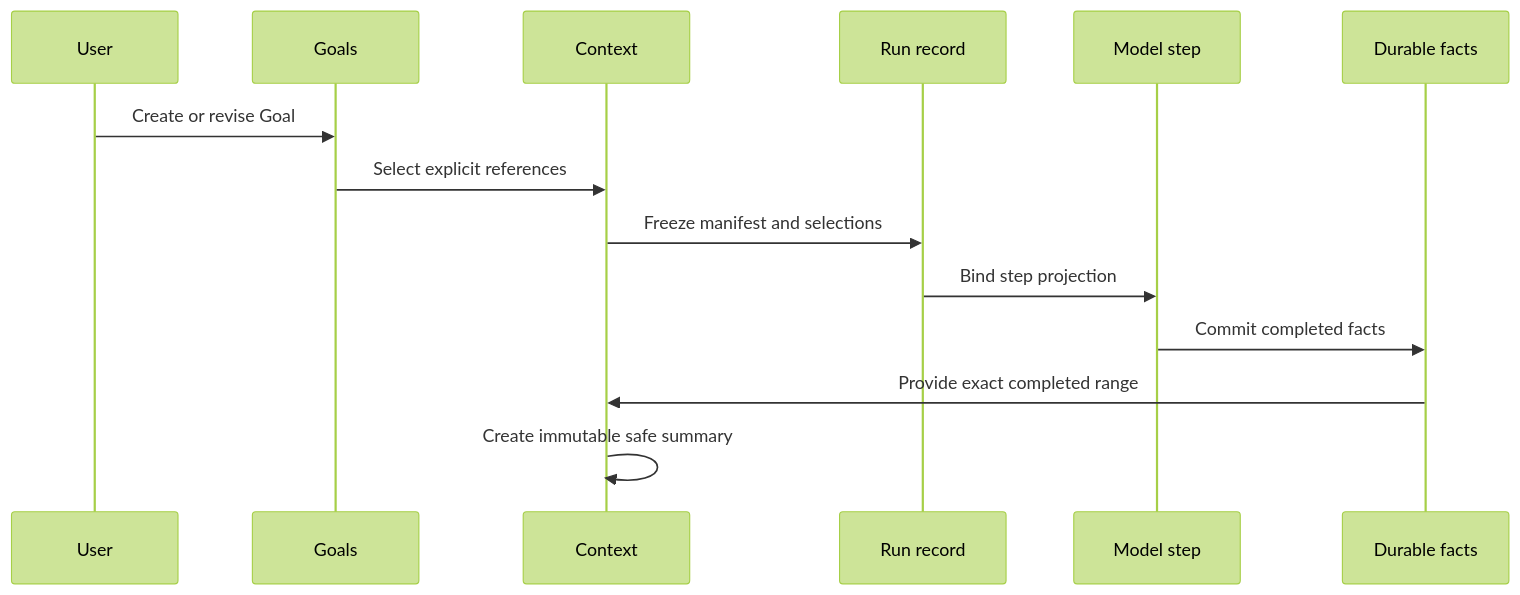
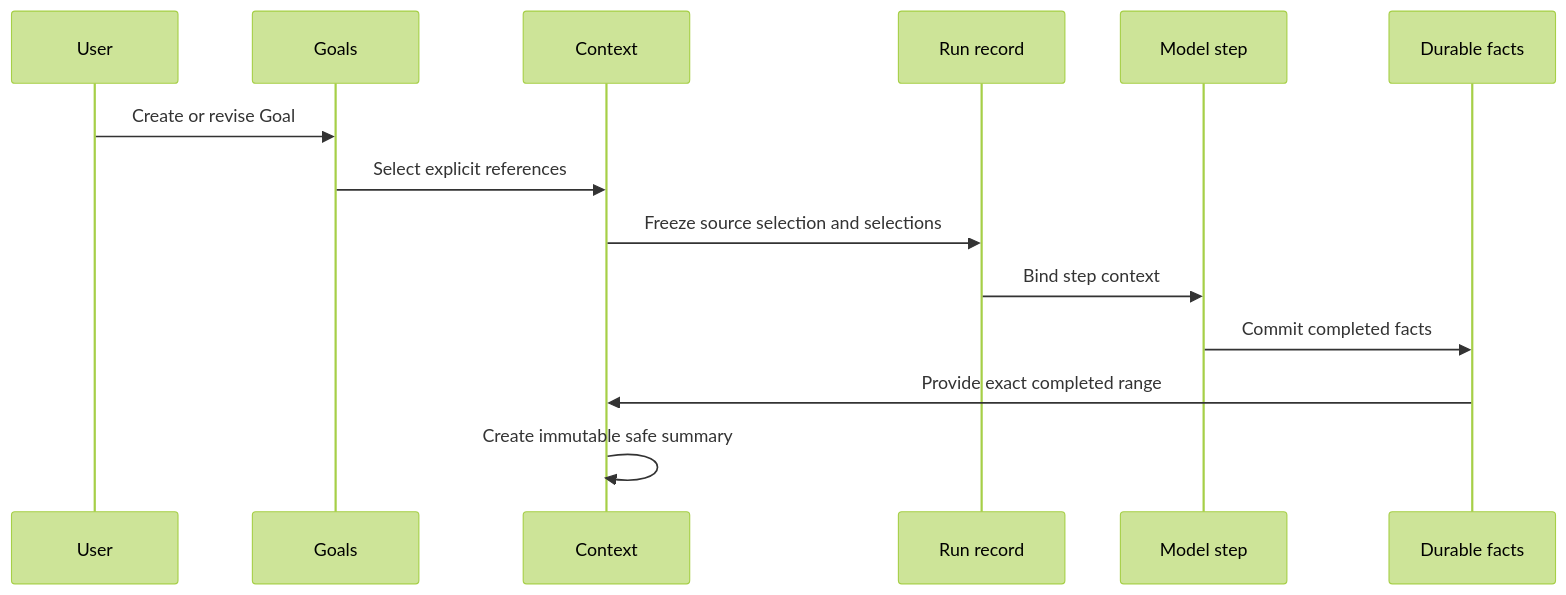
One commit to y0tsy/intention-relay changed the diagram in docs/intention-relay/architecture/21-goals-skills-context-memory-and-compaction.md. Above: the diagram before and after it, drawn with Mermaid (forest theme). The commit also changed other lines of this file and 10 other files, not shown here.

````diff
--- a/docs/intention-relay/architecture/21-goals-skills-context-memory-and-compaction.md
+++ b/docs/intention-relay/architecture/21-goals-skills-context-memory-and-compaction.md
@@ -309,17 +296,17 @@
 ```mermaid
 sequenceDiagram
   participant U as User
   participant G as Goals
   participant C as Context
   participant R as Run record
   participant S as Model step
   participant F as Durable facts
 
   U->>G: Create or revise Goal
   G->>C: Select explicit references
-  C->>R: Freeze manifest and selections
-  R->>S: Bind step projection
+  C->>R: Freeze source selection and selections
+  R->>S: Bind step context
   S->>F: Commit completed facts
   F->>C: Provide exact completed range
   C->>C: Create immutable safe summary
 ```
````
